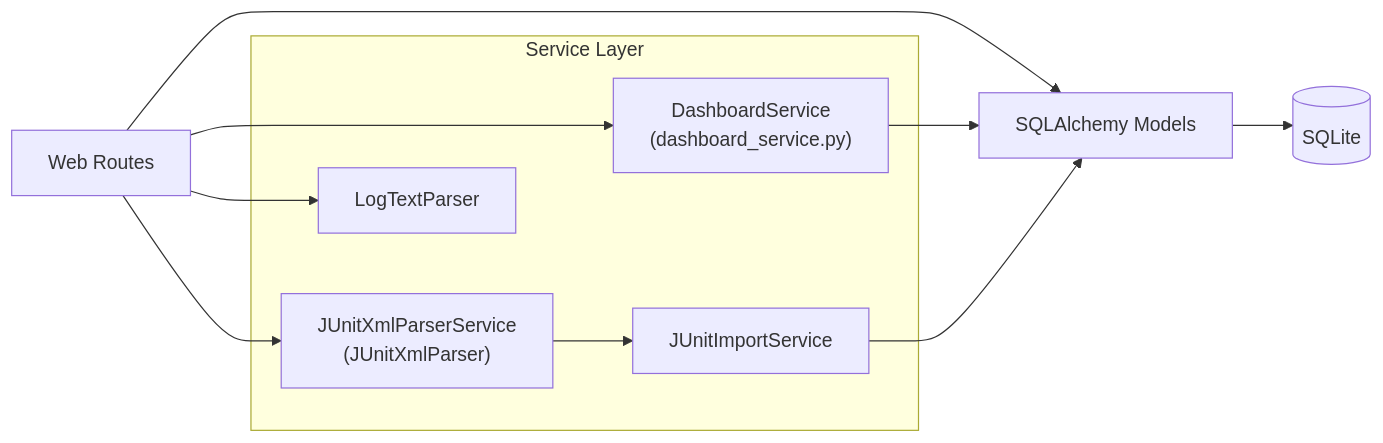
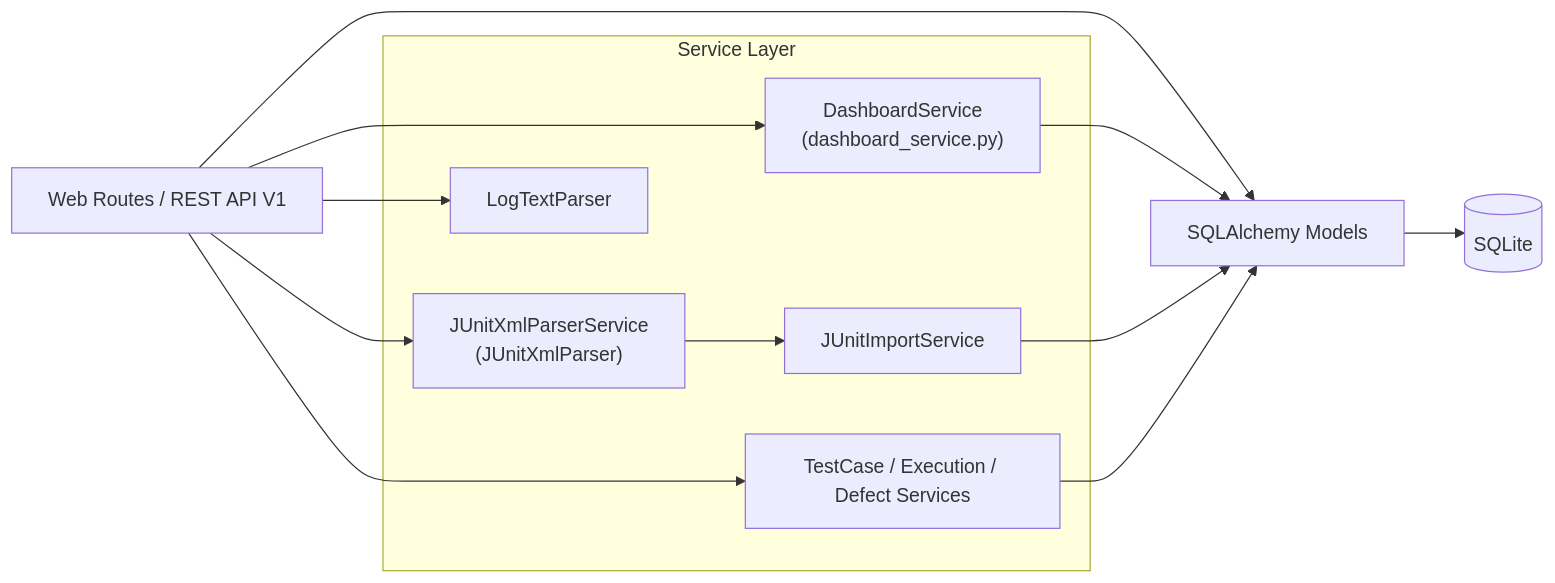
Before and after one commit to hzyufu-del/audio-test-management-platform: the sixth of 6 diagrams in README.md, drawn with Mermaid. The commit also changed other lines of this file and 24 other files, not shown here.

First line of the commit message:
feat: add REST API v1 for core test workflow

````diff
--- a/README.md
+++ b/README.md
@@ -101,23 +121,26 @@
 ```mermaid
 flowchart LR
-    Routes["Web Routes"]
+    Routes["Web Routes / REST API V1"]
 
     subgraph Services["Service Layer"]
         Dashboard["DashboardService<br/>(dashboard_service.py)"]
         Parser["JUnitXmlParserService<br/>(JUnitXmlParser)"]
         Import["JUnitImportService"]
         LogParser["LogTextParser"]
+        Workflow["TestCase / Execution / Defect Services"]
     end
 
     Models["SQLAlchemy Models"]
     Database[(SQLite)]
 
     Routes --> Dashboard
     Routes --> Parser
     Routes --> LogParser
+    Routes --> Workflow
     Routes --> Models
     Parser --> Import
     Dashboard --> Models
     Import --> Models
+    Workflow --> Models
     Models --> Database
 ```
````
